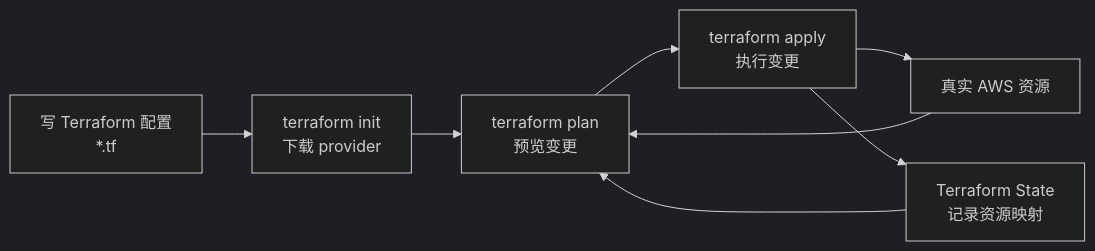
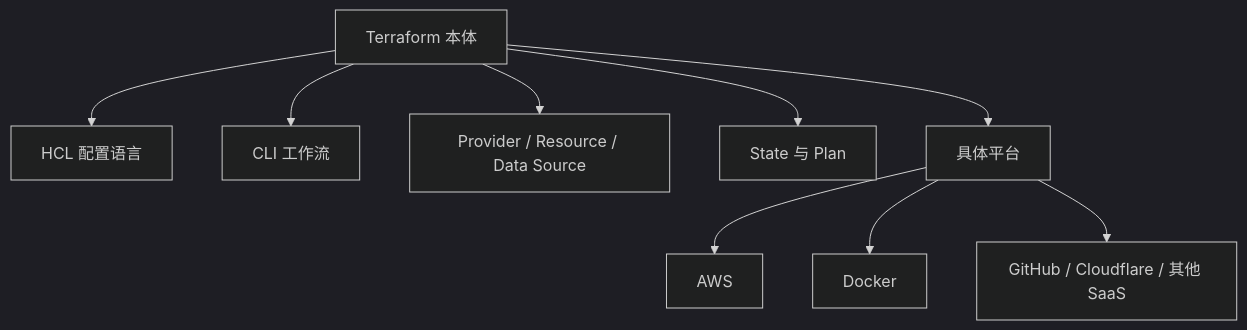
One commit to LeopardStack/LeopardStack.github.io changed the first of 2 diagrams in content/posts/tech/terraform-aws-zero-to-production/01-account-bootstrap/index.md. Above: the diagram before and after it, drawn with Mermaid (dark theme). The commit also changed other lines of this file and 1 other file, not shown here.

Commit message:
post: revise Terraform AWS series kickoff

````diff
--- a/content/posts/tech/terraform-aws-zero-to-production/01-account-bootstrap/index.md
+++ b/content/posts/tech/terraform-aws-zero-to-production/01-account-bootstrap/index.md
@@ -107,10 +43,11 @@
 ```mermaid
-flowchart LR
-    A["写 Terraform 配置<br/>*.tf"] --> B["terraform init<br/>下载 provider"]
-    B --> C["terraform plan<br/>预览变更"]
-    C --> D["terraform apply<br/>执行变更"]
-    D --> E["真实 AWS 资源"]
-    D --> F["Terraform State<br/>记录资源映射"]
-    E --> C
-    F --> C
+flowchart TB
+    A["Terraform 本体"] --> A1["HCL 配置语言"]
+    A --> A2["CLI 工作流"]
+    A --> A3["Provider / Resource / Data Source"]
+    A --> A4["State 与 Plan"]
+    B["具体平台"] --> B1["AWS"]
+    B --> B2["Docker"]
+    B --> B3["GitHub / Cloudflare / 其他 SaaS"]
+    A --> B
 ```
````
